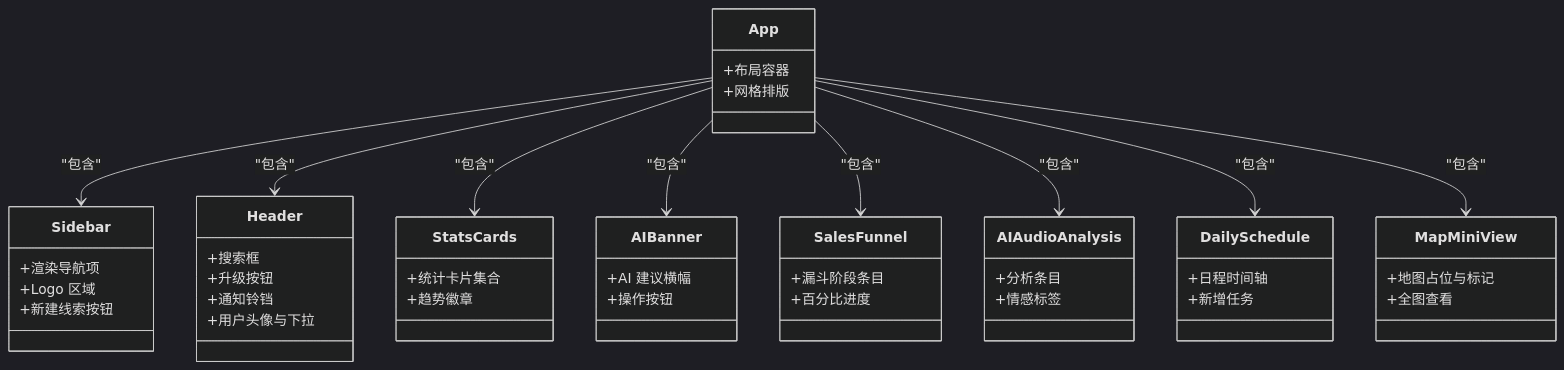
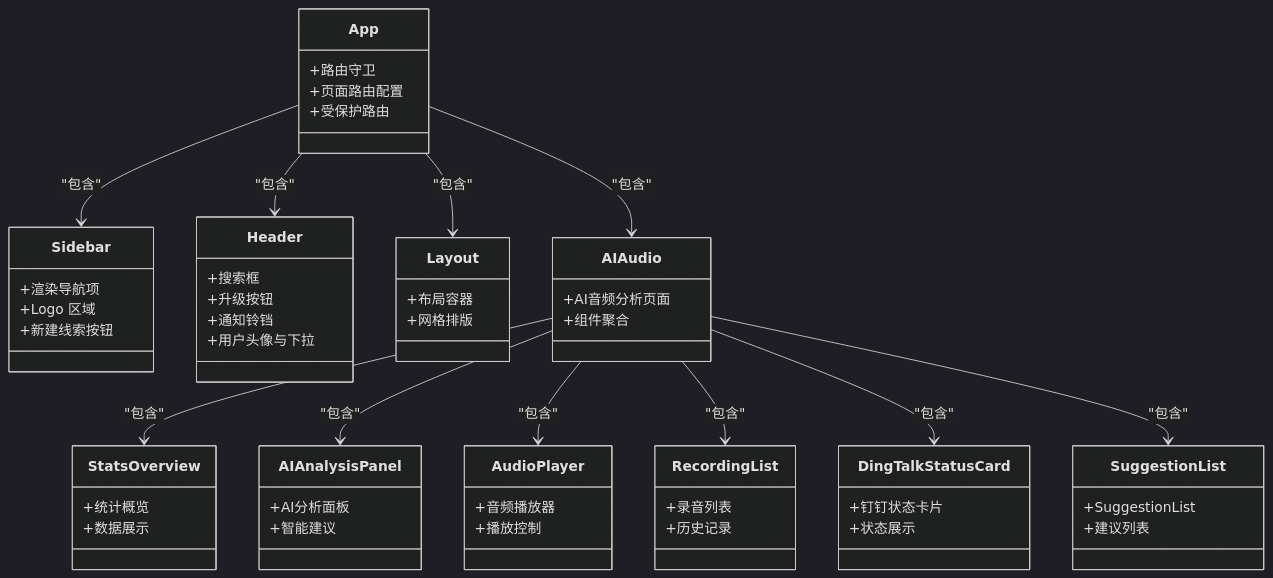
One commit to xianjianshenqu/SalesFlow-CRM changed the third of 6 diagrams in .qoder/repowiki/zh/content/开发指南/开发指南.md. Above: the diagram before and after it, drawn with Mermaid (dark theme). The commit also changed other lines of this file and 17 other files, not shown here.

````diff
--- a/.qoder/repowiki/zh/content/开发指南/开发指南.md
+++ b/.qoder/repowiki/zh/content/开发指南/开发指南.md
@@ -155,50 +171,61 @@
 ```mermaid
 classDiagram
 class Sidebar {
 +渲染导航项
 +Logo 区域
 +新建线索按钮
 }
 class Header {
 +搜索框
 +升级按钮
 +通知铃铛
 +用户头像与下拉
 }
-class StatsCards {
-+统计卡片集合
-+趋势徽章
-}
-class AIBanner {
-+AI 建议横幅
-+操作按钮
-}
-class SalesFunnel {
-+漏斗阶段条目
-+百分比进度
-}
-class AIAudioAnalysis {
-+分析条目
-+情感标签
-}
-class DailySchedule {
-+日程时间轴
-+新增任务
-}
-class MapMiniView {
-+地图占位与标记
-+全图查看
-}
-class App {
+class Layout {
 +布局容器
 +网格排版
 }
+class App {
++路由守卫
++页面路由配置
++受保护路由
+}
+class AIAudio {
++AI音频分析页面
++组件聚合
+}
+class StatsOverview {
++统计概览
++数据展示
+}
+class AIAnalysisPanel {
++AI分析面板
++智能建议
+}
+class AudioPlayer {
++音频播放器
++播放控制
+}
+class RecordingList {
++录音列表
++历史记录
+}
+class DingTalkStatusCard {
++钉钉状态卡片
++状态展示
+}
+class SuggestionList {
++SuggestionList
++建议列表
+}
 App --> Sidebar : "包含"
 App --> Header : "包含"
-App --> StatsCards : "包含"
-App --> AIBanner : "包含"
-App --> SalesFunnel : "包含"
-App --> AIAudioAnalysis : "包含"
-App --> DailySchedule : "包含"
-App --> MapMiniView : "包含"
+App --> Layout : "包含"
+App --> AIAudio : "包含"
+AIAudio --> StatsOverview : "包含"
+AIAudio --> AIAnalysisPanel : "包含"
+AIAudio --> AudioPlayer : "包含"
+AIAudio --> RecordingList : "包含"
+AIAudio --> DingTalkStatusCard : "包含"
+AIAudio --> SuggestionList : "包含"
 ```
````
